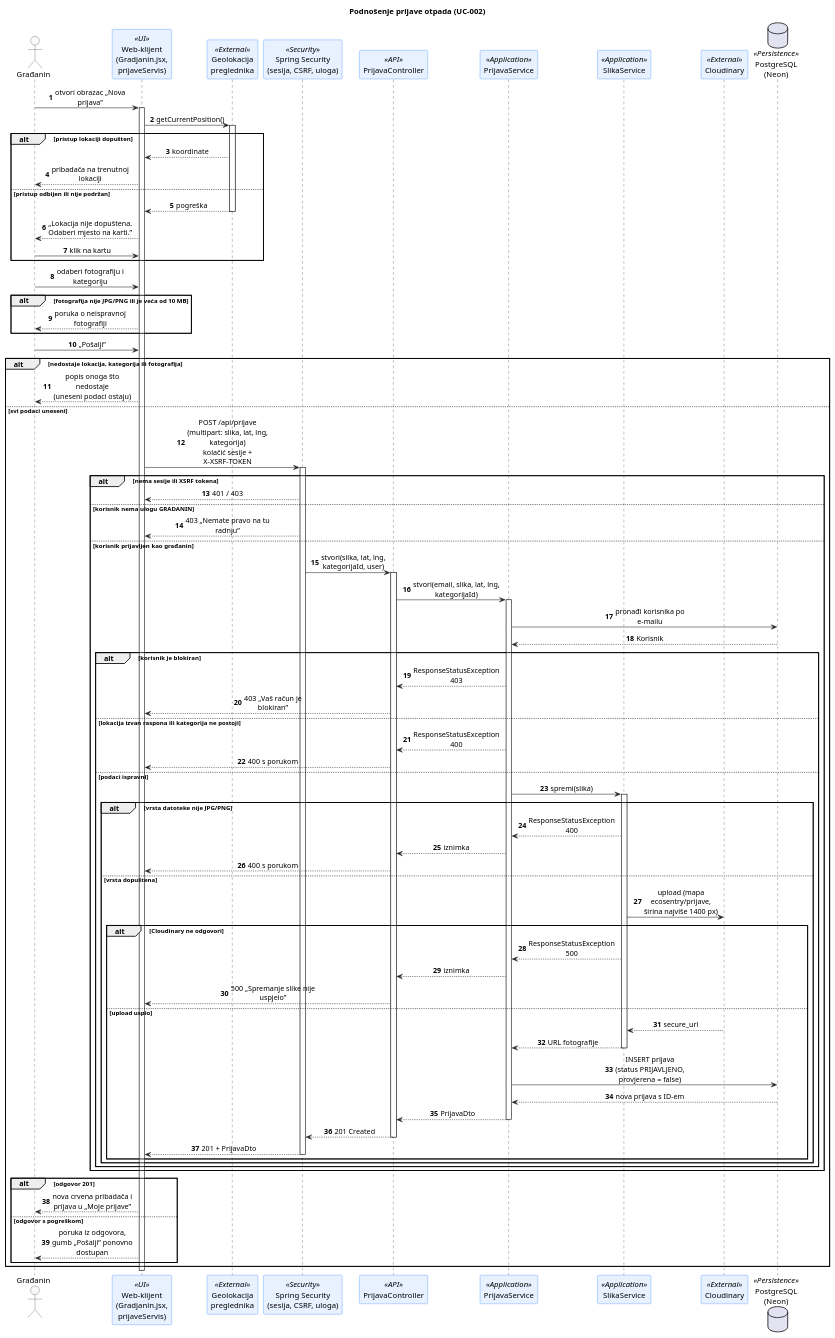
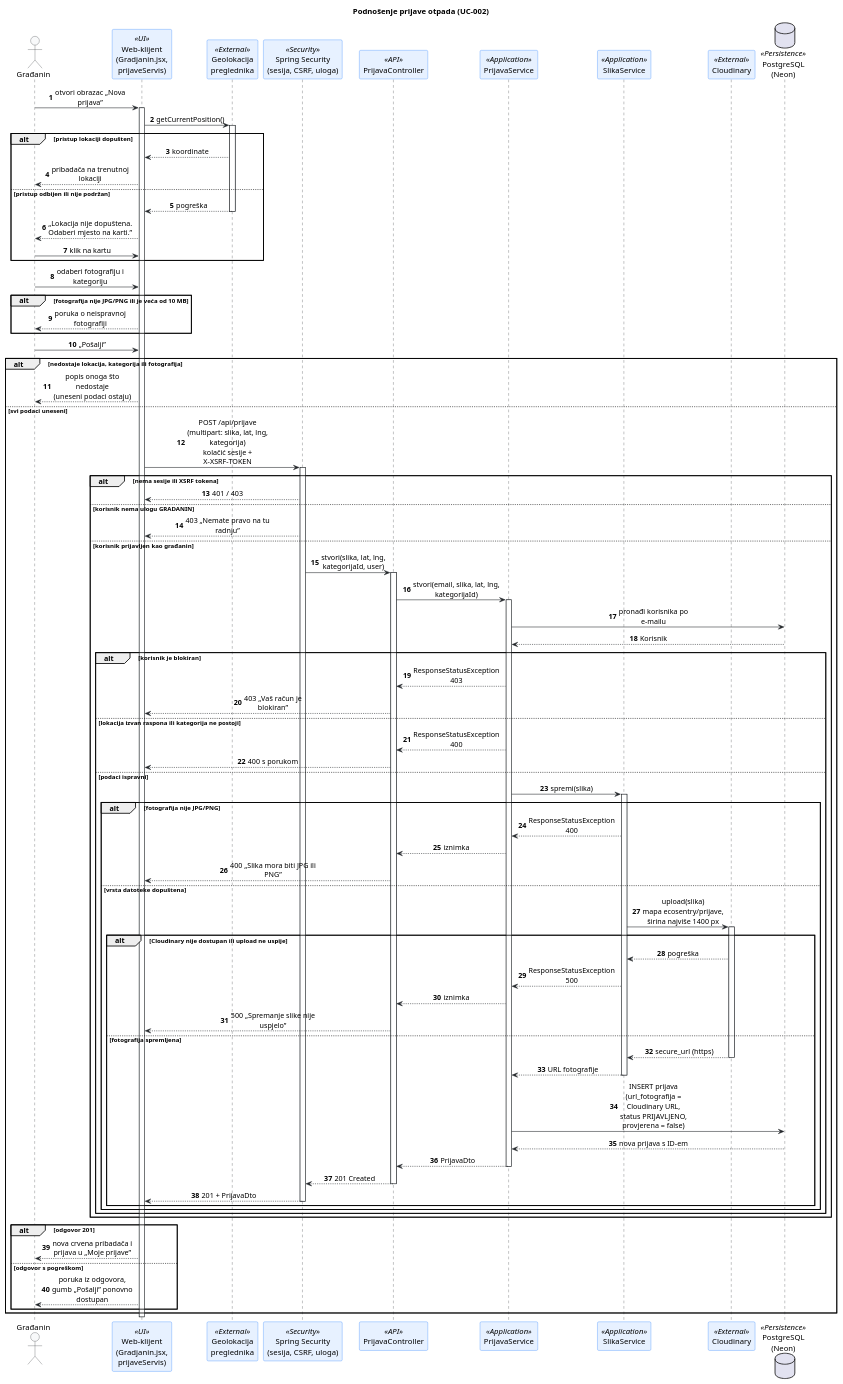
Before and after one commit to garbage-collectors-fer/garbage-collectors: the diagram in docs/puml/4-4-ecosentry-report-submission-SD.puml, drawn with PlantUML. The commit also changed other lines of this file and 5 other files, not shown here.

```diff
--- a/docs/puml/4-4-ecosentry-report-submission-SD.puml
+++ b/docs/puml/4-4-ecosentry-report-submission-SD.puml
@@ -20,117 +22,121 @@
 @startuml
 title Podnošenje prijave otpada (UC-002)
 
 skinparam maxMessageSize 160
 skinparam shadowing false
 skinparam defaultFontName Arial
 skinparam sequenceMessageAlign center
 skinparam ArrowColor #212529
 
 skinparam sequence {
     ParticipantBackgroundColor #E7F1FF
     ParticipantBorderColor #0D6EFD
     ActorBackgroundColor #F8F9FA
     ActorBorderColor #212529
     LifeLineBorderColor #212529
 }
 
 autonumber
 
 ' ==============================================================================
 ' Sudionici
 ' ==============================================================================
 actor "Građanin" as User
 participant "Web-klijent\n(Gradjanin.jsx,\nprijaveServis)" as Web <<UI>>
 participant "Geolokacija\npreglednika" as Geo <<External>>
 participant "Spring Security\n(sesija, CSRF, uloga)" as Sec <<Security>>
 participant "PrijavaController" as Ctrl <<API>>
 participant "PrijavaService" as Svc <<Application>>
 participant "SlikaService" as Img <<Application>>
-participant "Cloudinary" as Cld <<External>>
+participant "Cloudinary" as Cdn <<External>>
 database "PostgreSQL\n(Neon)" as DB <<Persistence>>
 
 ' ==============================================================================
 ' Faza 1: određivanje lokacije
 ' ==============================================================================
 User -> Web++ : otvori obrazac „Nova prijava”
 Web -> Geo++ : getCurrentPosition()
 
 alt pristup lokaciji dopušten
   Geo --> Web : koordinate
   Web --> User : pribadača na trenutnoj lokaciji
 else pristup odbijen ili nije podržan
   Geo --> Web-- : pogreška
   Web --> User : „Lokacija nije dopuštena. Odaberi mjesto na karti.”
   User -> Web : klik na kartu
 end
 
 ' ==============================================================================
 ' Faza 2: fotografija, kategorija i provjere na klijentu
 ' ==============================================================================
 User -> Web : odaberi fotografiju i kategoriju
 
 alt fotografija nije JPG/PNG ili je veća od 10 MB
   Web --> User : poruka o neispravnoj fotografiji
 end
 
 User -> Web : „Pošalji”
 
 alt nedostaje lokacija, kategorija ili fotografija
   Web --> User : popis onoga što nedostaje\n(uneseni podaci ostaju)
 else svi podaci uneseni
 
   ' ============================================================================
   ' Faza 3: poslužitelj
   ' ============================================================================
   Web -> Sec++ : POST /api/prijave (multipart: slika, lat, lng, kategorija)\nkolačić sesije + X-XSRF-TOKEN
 
   alt nema sesije ili XSRF tokena
     Sec --> Web : 401 / 403
   else korisnik nema ulogu GRADANIN
     Sec --> Web : 403 „Nemate pravo na tu radnju”
   else korisnik prijavljen kao građanin
     Sec -> Ctrl++ : stvori(slika, lat, lng, kategorijaId, user)
     Ctrl -> Svc++ : stvori(email, slika, lat, lng, kategorijaId)
     Svc -> DB : pronađi korisnika po e-mailu
     DB --> Svc : Korisnik
 
     alt korisnik je blokiran
       Svc --> Ctrl : ResponseStatusException 403
       Ctrl --> Web : 403 „Vaš račun je blokiran”
     else lokacija izvan raspona ili kategorija ne postoji
       Svc --> Ctrl : ResponseStatusException 400
       Ctrl --> Web : 400 s porukom
     else podaci ispravni
+      ' slika se šalje na Cloudinary tek kad je sve ostalo provjereno
       Svc -> Img++ : spremi(slika)
-      alt vrsta datoteke nije JPG/PNG
+
+      alt fotografija nije JPG/PNG
         Img --> Svc : ResponseStatusException 400
         Svc --> Ctrl : iznimka
-        Ctrl --> Web : 400 s porukom
-      else vrsta dopuštena
-        Img -> Cld : upload (mapa ecosentry/prijave,\nširina najviše 1400 px)
-        alt Cloudinary ne odgovori
+        Ctrl --> Web : 400 „Slika mora biti JPG ili PNG”
+      else vrsta datoteke dopuštena
+        Img -> Cdn++ : upload(slika)\nmapa ecosentry/prijave, širina najviše 1400 px
+
+        alt Cloudinary nije dostupan ili upload ne uspije
+          Cdn --> Img : pogreška
           Img --> Svc : ResponseStatusException 500
           Svc --> Ctrl : iznimka
           Ctrl --> Web : 500 „Spremanje slike nije uspjelo”
-        else upload uspio
-          Cld --> Img : secure_url
+        else fotografija spremljena
+          Cdn --> Img-- : secure_url (https)
           Img --> Svc-- : URL fotografije
-          Svc -> DB : INSERT prijava\n(status PRIJAVLJENO, provjerena = false)
+          Svc -> DB : INSERT prijava\n(url_fotografija = Cloudinary URL,\nstatus PRIJAVLJENO, provjerena = false)
           DB --> Svc : nova prijava s ID-em
           Svc --> Ctrl-- : PrijavaDto
           Ctrl --> Sec-- : 201 Created
           Sec --> Web-- : 201 + PrijavaDto
         end
       end
     end
   end
 
   alt odgovor 201
     Web --> User : nova crvena pribadača i prijava u „Moje prijave”
   else odgovor s pogreškom
     Web --> User : poruka iz odgovora, gumb „Pošalji” ponovno dostupan
   end
 end
 
 deactivate Web
 @enduml
```
